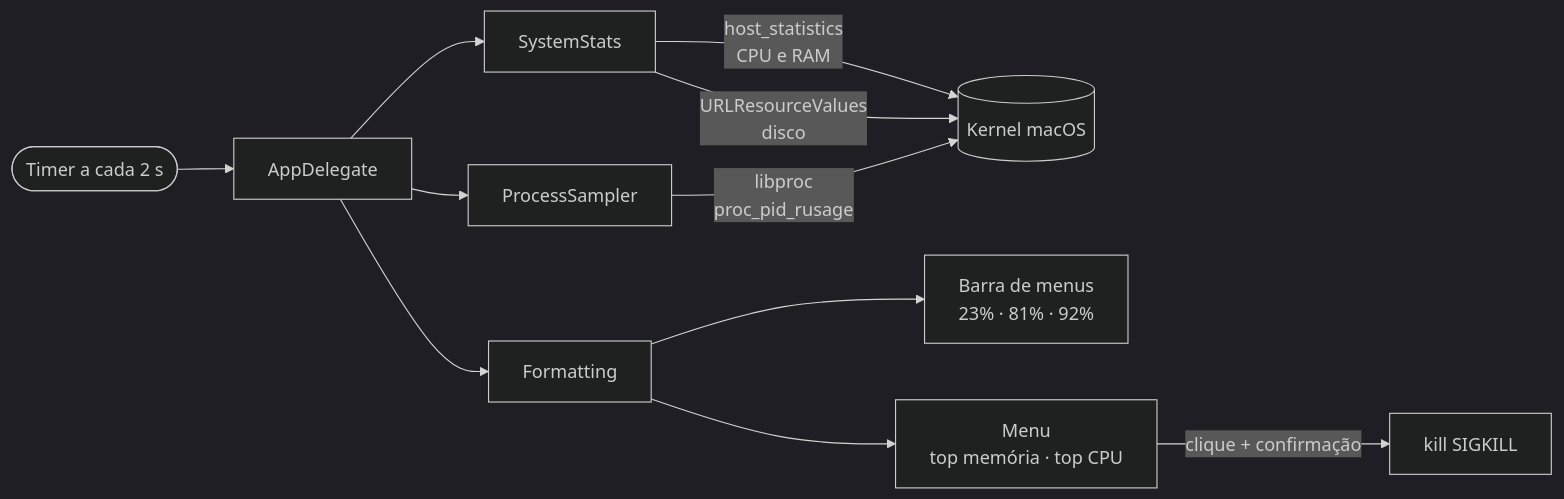
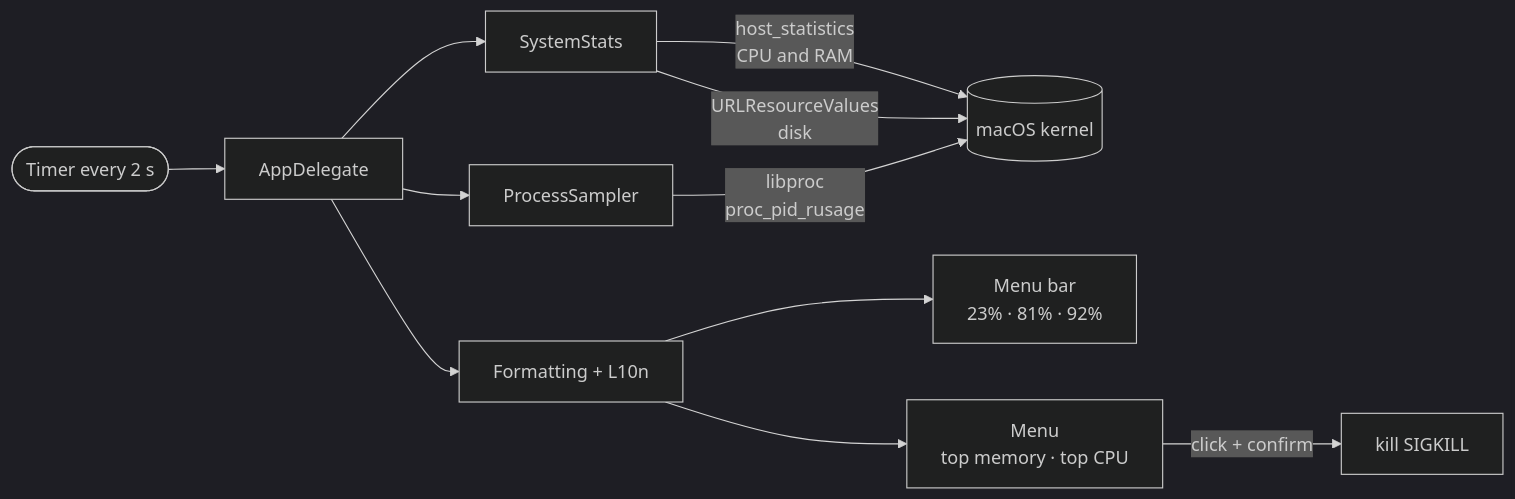
One commit to xfelipealves/SystemMonitor changed the diagram in README.md. Above: the diagram before and after it, drawn with Mermaid (dark theme). The commit also changed other lines of this file and 6 other files, not shown here.

````diff
--- a/README.md
+++ b/README.md
@@ -49,13 +52,13 @@
 ```mermaid
 flowchart LR
-    T(["Timer a cada 2 s"]) --> A[AppDelegate]
+    T(["Timer every 2 s"]) --> A[AppDelegate]
     A --> S[SystemStats]
     A --> P[ProcessSampler]
-    S -- "host_statistics<br>CPU e RAM" --> K[(Kernel macOS)]
-    S -- "URLResourceValues<br>disco" --> K
+    S -- "host_statistics<br>CPU and RAM" --> K[(macOS kernel)]
+    S -- "URLResourceValues<br>disk" --> K
     P -- "libproc<br>proc_pid_rusage" --> K
-    A --> F[Formatting]
-    F --> B["Barra de menus<br>23% · 81% · 92%"]
-    F --> M["Menu<br>top memória · top CPU"]
-    M -- "clique + confirmação" --> X["kill SIGKILL"]
+    A --> F[Formatting + L10n]
+    F --> B["Menu bar<br>23% · 81% · 92%"]
+    F --> M["Menu<br>top memory · top CPU"]
+    M -- "click + confirm" --> X["kill SIGKILL"]
 ```
````
